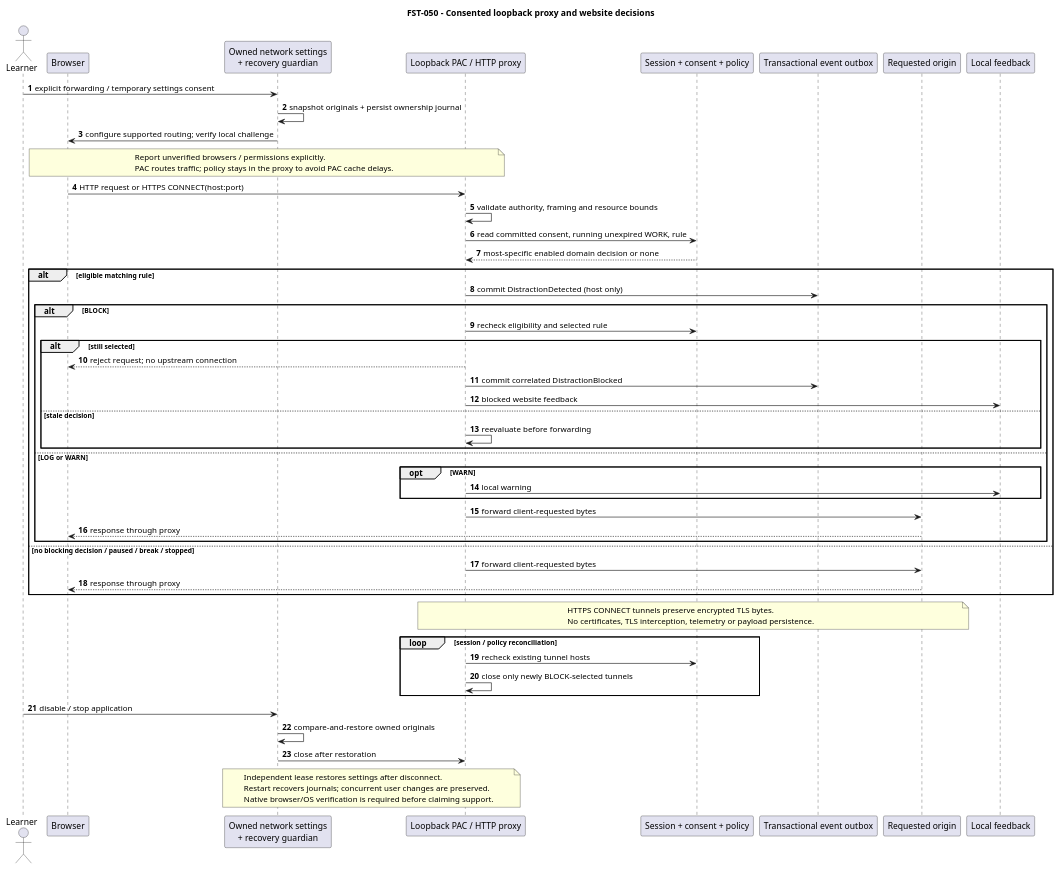
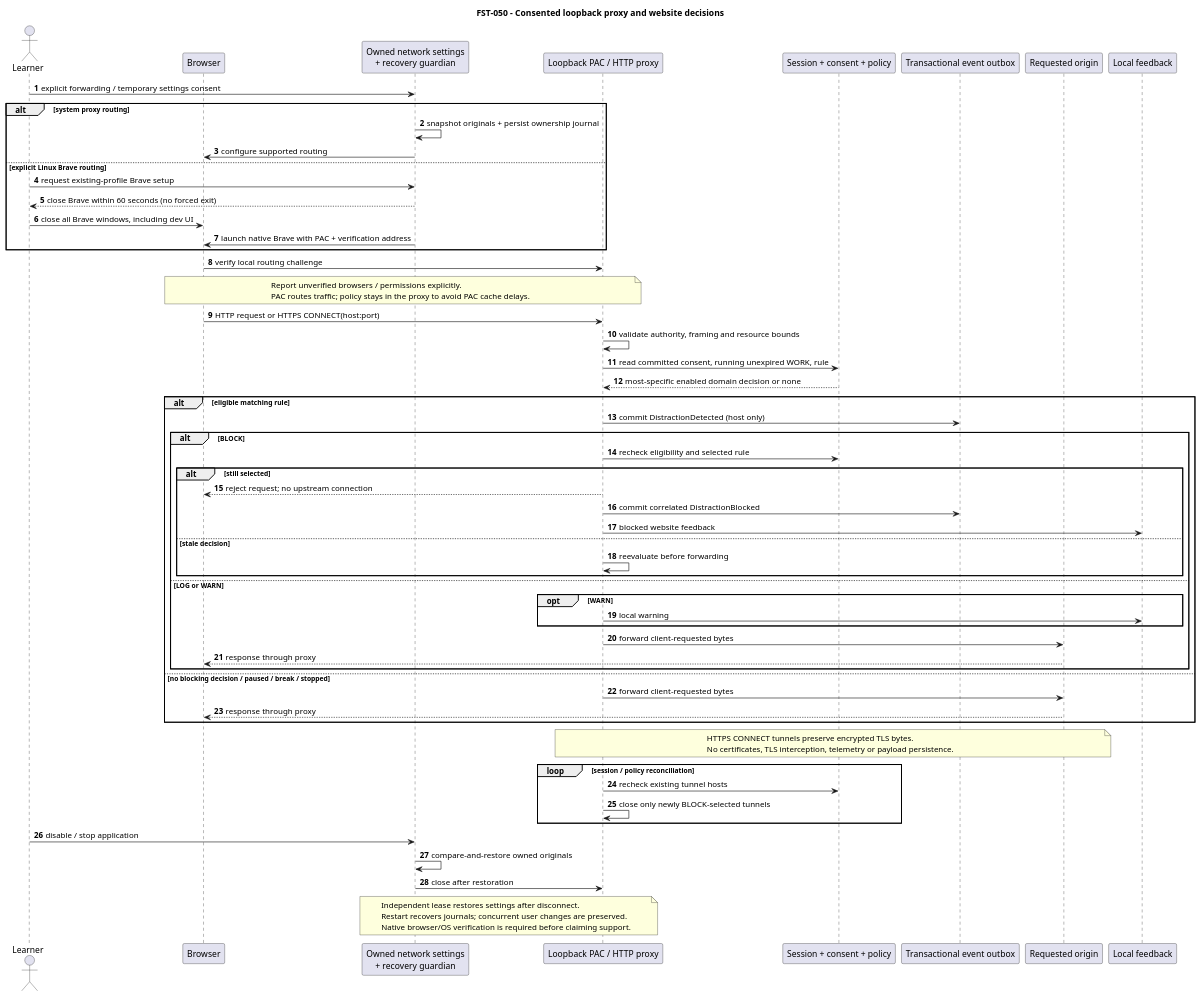
Before and after one commit to MiguelRibeiro1210/Focus-and-Study-Tracking: the diagram in docs/SD/SD_DetectAndBlockWebsite.puml, drawn with PlantUML. The commit also changed 3 other files, not shown here.

First line of the commit message:
docs(blocking): design Brave routing for Linux and browser development

```diff
--- a/docs/SD/SD_DetectAndBlockWebsite.puml
+++ b/docs/SD/SD_DetectAndBlockWebsite.puml
@@ -1,61 +1,69 @@
 @startuml
 title FST-050 - Consented loopback proxy and website decisions
 autonumber
 actor Learner
 participant Browser
 participant "Owned network settings\n+ recovery guardian" as Settings
 participant "Loopback PAC / HTTP proxy" as Proxy
 participant "Session + consent + policy" as Current
 participant "Transactional event outbox" as Events
 participant "Requested origin" as Origin
 participant "Local feedback" as UI
 Learner -> Settings : explicit forwarding / temporary settings consent
-Settings -> Settings : snapshot originals + persist ownership journal
-Settings -> Browser : configure supported routing; verify local challenge
+alt system proxy routing
+  Settings -> Settings : snapshot originals + persist ownership journal
+  Settings -> Browser : configure supported routing
+else explicit Linux Brave routing
+  Learner -> Settings : request existing-profile Brave setup
+  Settings --> Learner : close Brave within 60 seconds (no forced exit)
+  Learner -> Browser : close all Brave windows, including dev UI
+  Settings -> Browser : launch native Brave with PAC + verification address
+end
+Browser -> Proxy : verify local routing challenge
 note over Browser, Proxy
   Report unverified browsers / permissions explicitly.
   PAC routes traffic; policy stays in the proxy to avoid PAC cache delays.
 end note
 Browser -> Proxy : HTTP request or HTTPS CONNECT(host:port)
 Proxy -> Proxy : validate authority, framing and resource bounds
 Proxy -> Current : read committed consent, running unexpired WORK, rule
 Current --> Proxy : most-specific enabled domain decision or none
 alt eligible matching rule
   Proxy -> Events : commit DistractionDetected (host only)
   alt BLOCK
     Proxy -> Current : recheck eligibility and selected rule
     alt still selected
       Proxy --> Browser : reject request; no upstream connection
       Proxy -> Events : commit correlated DistractionBlocked
       Proxy -> UI : blocked website feedback
     else stale decision
       Proxy -> Proxy : reevaluate before forwarding
     end
   else LOG or WARN
     opt WARN
       Proxy -> UI : local warning
     end
     Proxy -> Origin : forward client-requested bytes
     Origin --> Browser : response through proxy
   end
 else no blocking decision / paused / break / stopped
   Proxy -> Origin : forward client-requested bytes
   Origin --> Browser : response through proxy
 end
 note over Proxy, Origin
   HTTPS CONNECT tunnels preserve encrypted TLS bytes.
   No certificates, TLS interception, telemetry or payload persistence.
 end note
 loop session / policy reconciliation
   Proxy -> Current : recheck existing tunnel hosts
   Proxy -> Proxy : close only newly BLOCK-selected tunnels
 end
 Learner -> Settings : disable / stop application
 Settings -> Settings : compare-and-restore owned originals
 Settings -> Proxy : close after restoration
 note over Settings, Proxy
   Independent lease restores settings after disconnect.
   Restart recovers journals; concurrent user changes are preserved.
   Native browser/OS verification is required before claiming support.
 end note
 @enduml
```
